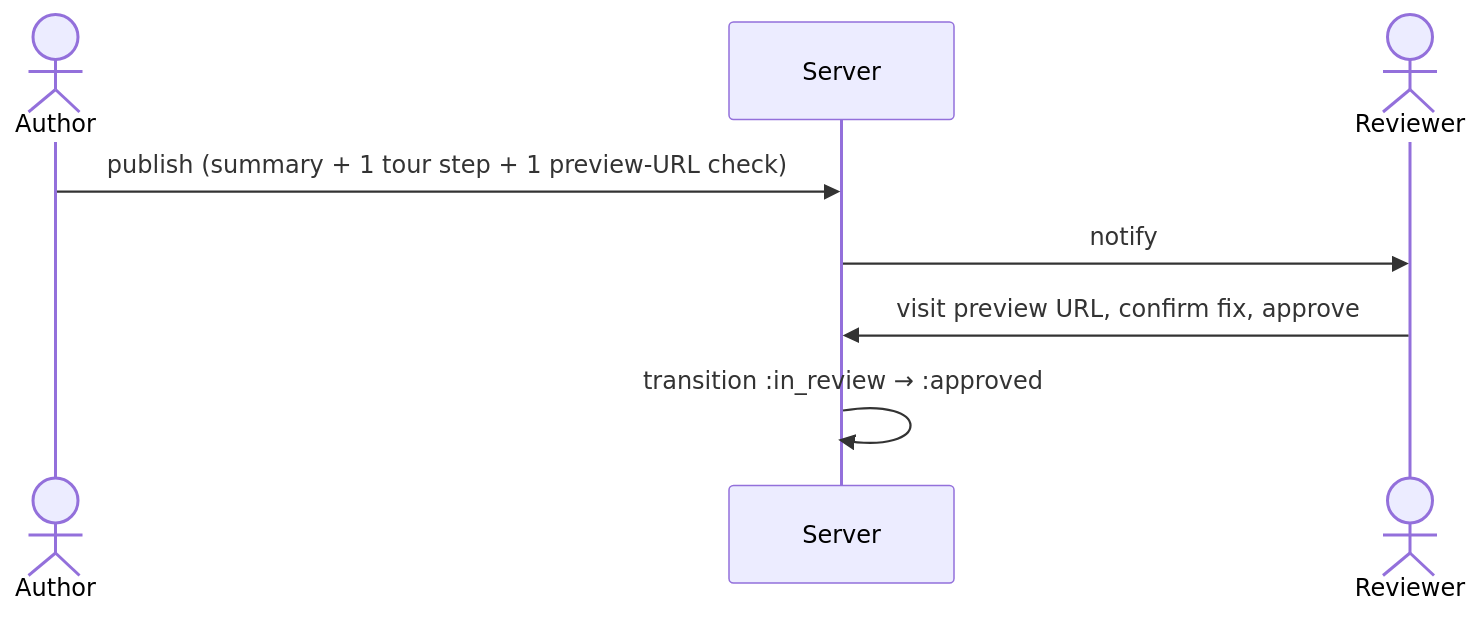
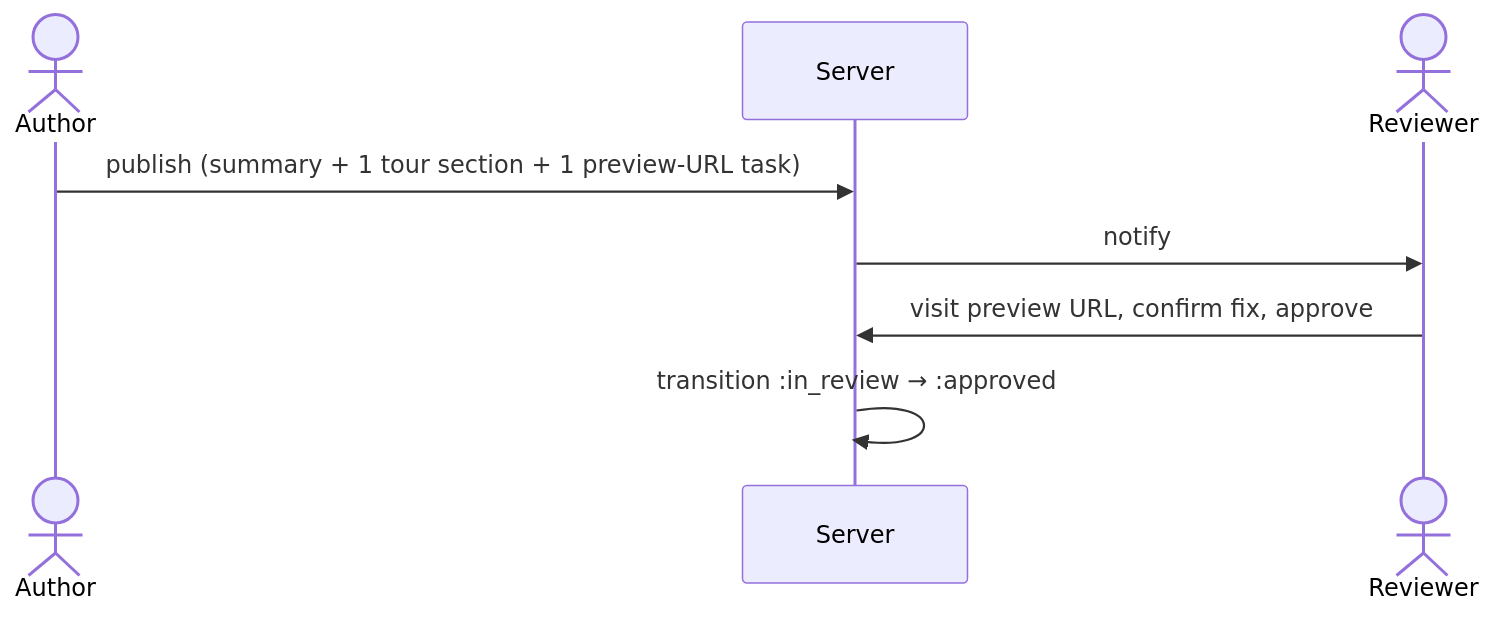
The third of 7 diagrams in .plans/review-packet-prd.md (figitaki/reviews), drawn with Mermaid before and after one commit. The commit also changed other lines of this file and 2 other files, not shown here.

First line of the commit message:
Flatten tour, refactor testing, SQLite state with Rust migrations

````diff
--- a/.plans/review-packet-prd.md
+++ b/.plans/review-packet-prd.md
@@ -95,11 +95,11 @@
 ```mermaid
 sequenceDiagram
     actor Author
     participant Server
     actor Reviewer
 
-    Author->>Server: publish (summary + 1 tour step + 1 preview-URL check)
+    Author->>Server: publish (summary + 1 tour section + 1 preview-URL task)
     Server->>Reviewer: notify
     Reviewer->>Server: visit preview URL, confirm fix, approve
     Server->>Server: transition :in_review → :approved
 ```
````
